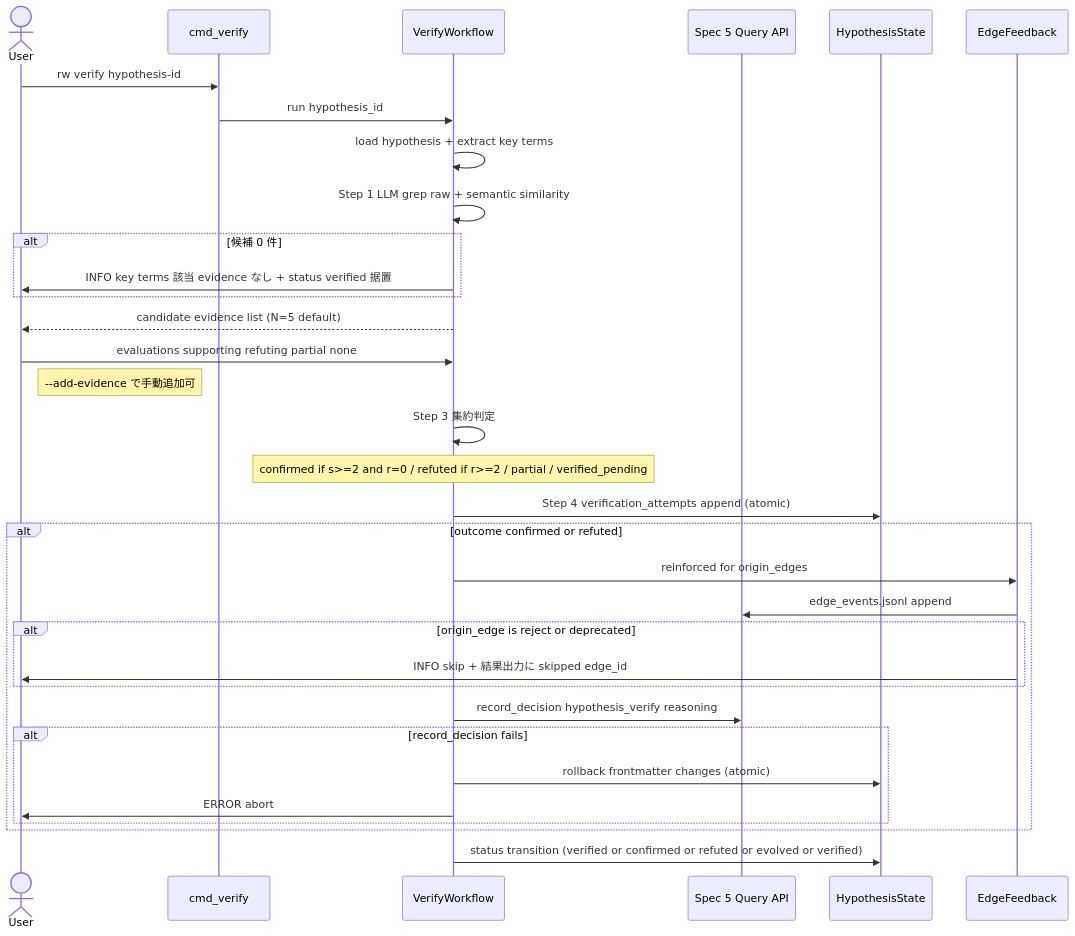
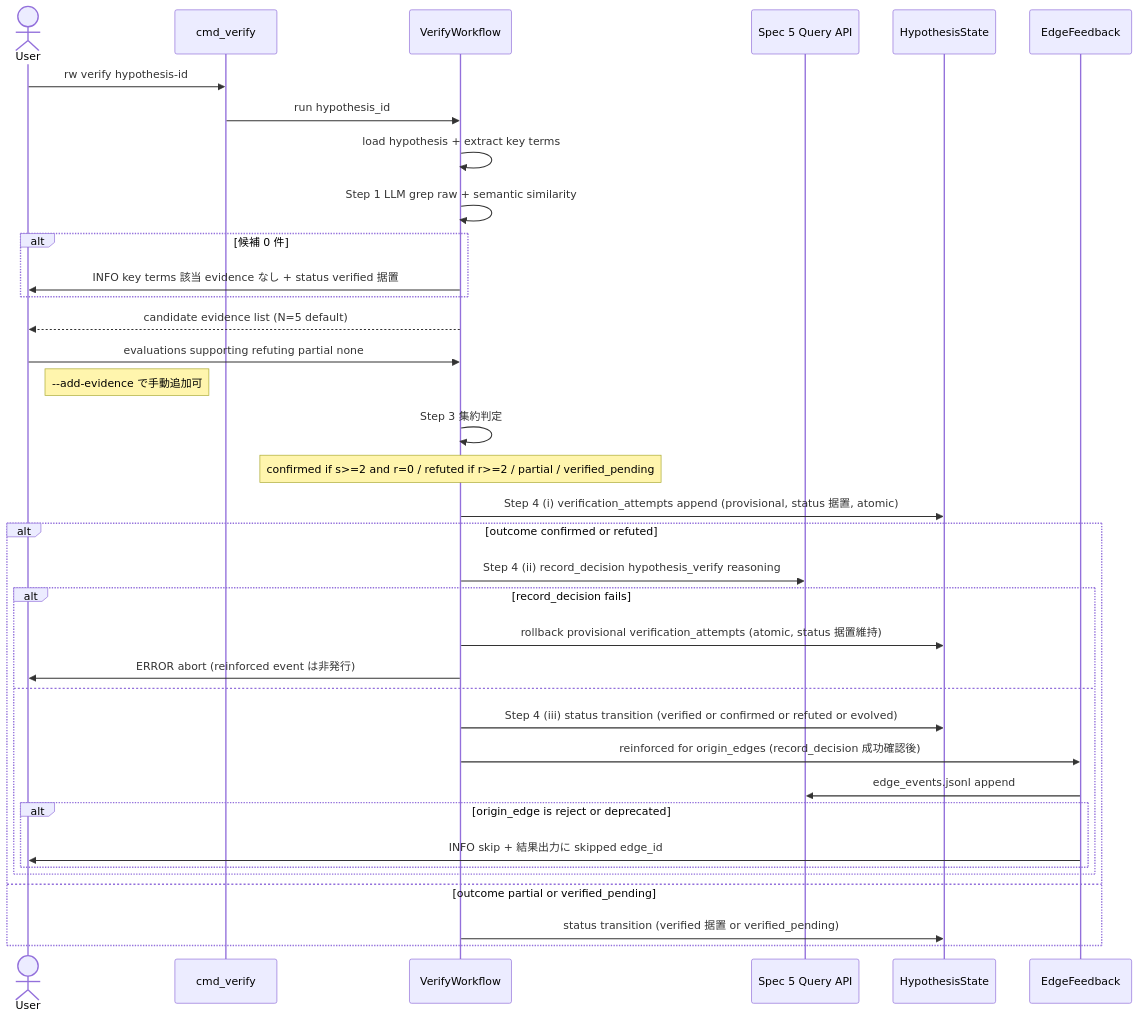
The third of 4 diagrams in .kiro/specs/rwiki-v2-perspective-generation/design.md (kenoogl/Rwiki-dev), drawn with Mermaid before and after one commit. The commit also changed other lines of this file, not shown here.

````diff
--- a/.kiro/specs/rwiki-v2-perspective-generation/design.md
+++ b/.kiro/specs/rwiki-v2-perspective-generation/design.md
@@ -316,36 +316,39 @@
 ```mermaid
 sequenceDiagram
     actor User
     participant Cmd as cmd_verify
     participant Workflow as VerifyWorkflow
     participant Spec5 as Spec 5 Query API
     participant State as HypothesisState
     participant EdgeFB as EdgeFeedback
 
     User->>Cmd: rw verify hypothesis-id
     Cmd->>Workflow: run hypothesis_id
     Workflow->>Workflow: load hypothesis + extract key terms
     Workflow->>Workflow: Step 1 LLM grep raw + semantic similarity
     alt 候補 0 件
         Workflow->>User: INFO key terms 該当 evidence なし + status verified 据置
     end
     Workflow-->>User: candidate evidence list (N=5 default)
     User->>Workflow: evaluations supporting refuting partial none
     note right of User: --add-evidence で手動追加可
     Workflow->>Workflow: Step 3 集約判定
     note over Workflow: confirmed if s>=2 and r=0 / refuted if r>=2 / partial / verified_pending
-    Workflow->>State: Step 4 verification_attempts append (atomic)
+    Workflow->>State: Step 4 (i) verification_attempts append (provisional, status 据置, atomic)
     alt outcome confirmed or refuted
-        Workflow->>EdgeFB: reinforced for origin_edges
-        EdgeFB->>Spec5: edge_events.jsonl append
-        alt origin_edge is reject or deprecated
-            EdgeFB->>User: INFO skip + 結果出力に skipped edge_id
+        Workflow->>Spec5: Step 4 (ii) record_decision hypothesis_verify reasoning
+        alt record_decision fails
+            Workflow->>State: rollback provisional verification_attempts (atomic, status 据置維持)
+            Workflow->>User: ERROR abort (reinforced event は非発行)
+        else
+            Workflow->>State: Step 4 (iii) status transition (verified or confirmed or refuted or evolved)
+            Workflow->>EdgeFB: reinforced for origin_edges (record_decision 成功確認後)
+            EdgeFB->>Spec5: edge_events.jsonl append
+            alt origin_edge is reject or deprecated
+                EdgeFB->>User: INFO skip + 結果出力に skipped edge_id
+            end
         end
-        Workflow->>Spec5: record_decision hypothesis_verify reasoning
-        alt record_decision fails
-            Workflow->>State: rollback frontmatter changes (atomic)
-            Workflow->>User: ERROR abort
-        end
+    else outcome partial or verified_pending
+        Workflow->>State: status transition (verified 据置 or verified_pending)
     end
-    Workflow->>State: status transition (verified or confirmed or refuted or evolved or verified)
 ```
````
